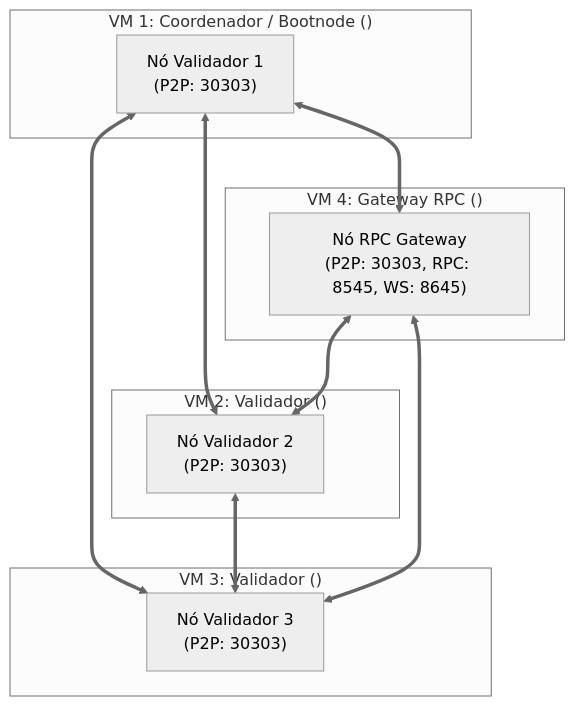
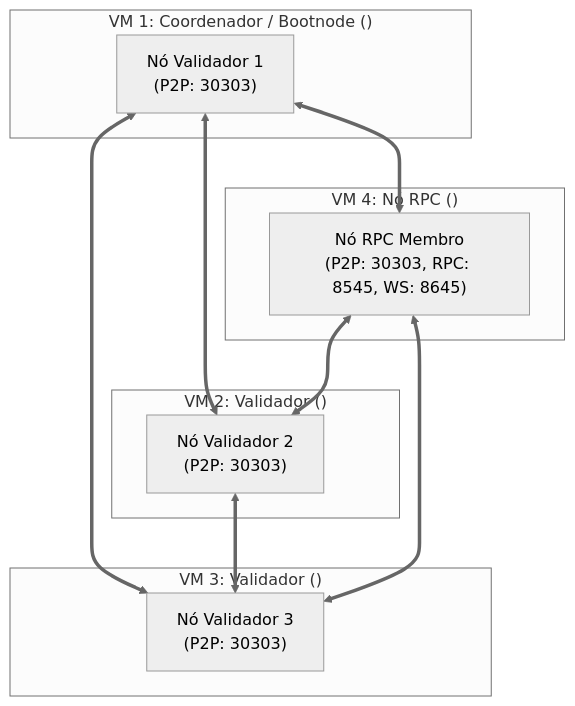
Before and after one commit to wydencoin/infra: the diagram in besu/lab-multi-node/README.md, drawn with Mermaid (neutral theme). The commit also changed other lines of this file and 35 other files, not shown here.

````diff
--- a/besu/lab-multi-node/README.md
+++ b/besu/lab-multi-node/README.md
@@ -29,25 +23,25 @@
 ```mermaid
 graph TD
     subgraph M1["VM 1: Coordenador / Bootnode (<node1-ip>)"]
         N1["Nó Validador 1<br/>(P2P: 30303)"]
     end
 
     subgraph M2["VM 2: Validador (<node2-ip>)"]
         N2["Nó Validador 2<br/>(P2P: 30303)"]
     end
 
     subgraph M3["VM 3: Validador (<node3-ip>)"]
         N3["Nó Validador 3<br/>(P2P: 30303)"]
     end
 
-    subgraph M4["VM 4: Gateway RPC (<rpc-ip>)"]
-        RPC["Nó RPC Gateway<br/>(P2P: 30303, RPC: 8545, WS: 8645)"]
+    subgraph M4["VM 4: Nó RPC (<rpc-ip>)"]
+        RPC["Nó RPC Membro<br/>(P2P: 30303, RPC: 8545, WS: 8645)"]
     end
 
     N1 <==> N2
     N1 <==> N3
     N1 <==> RPC
     N2 <==> N3
     RPC <==> N2
     RPC <==> N3
 ```
````
